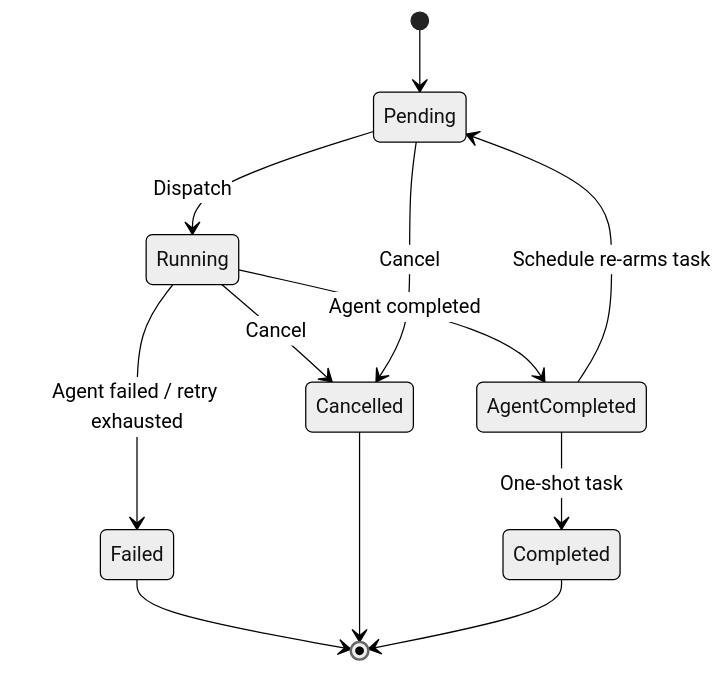
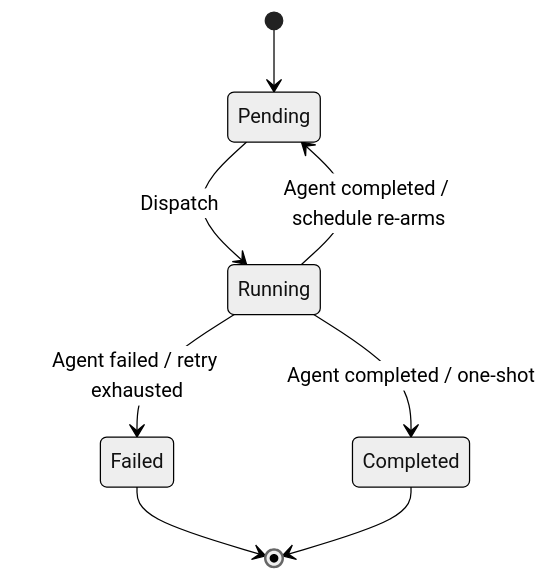
Before and after one commit to DotCraftDev/dotcraft: the second of 2 diagrams in specs/automations-lifecycle.md, drawn with Mermaid (neutral theme). The commit also changed other lines of this file and 38 other files, not shown here.

````diff
--- a/specs/automations-lifecycle.md
+++ b/specs/automations-lifecycle.md
@@ -287,14 +266,10 @@
 ```mermaid
 stateDiagram-v2
     [*] --> Pending
     Pending --> Running: Dispatch
-    Running --> AgentCompleted: Agent completed
+    Running --> Pending: Agent completed / schedule re-arms
+    Running --> Completed: Agent completed / one-shot
     Running --> Failed: Agent failed / retry exhausted
-    Running --> Cancelled: Cancel
-    Pending --> Cancelled: Cancel
-    AgentCompleted --> Pending: Schedule re-arms task
-    AgentCompleted --> Completed: One-shot task
     Failed --> [*]
-    Cancelled --> [*]
     Completed --> [*]
 ```
````
